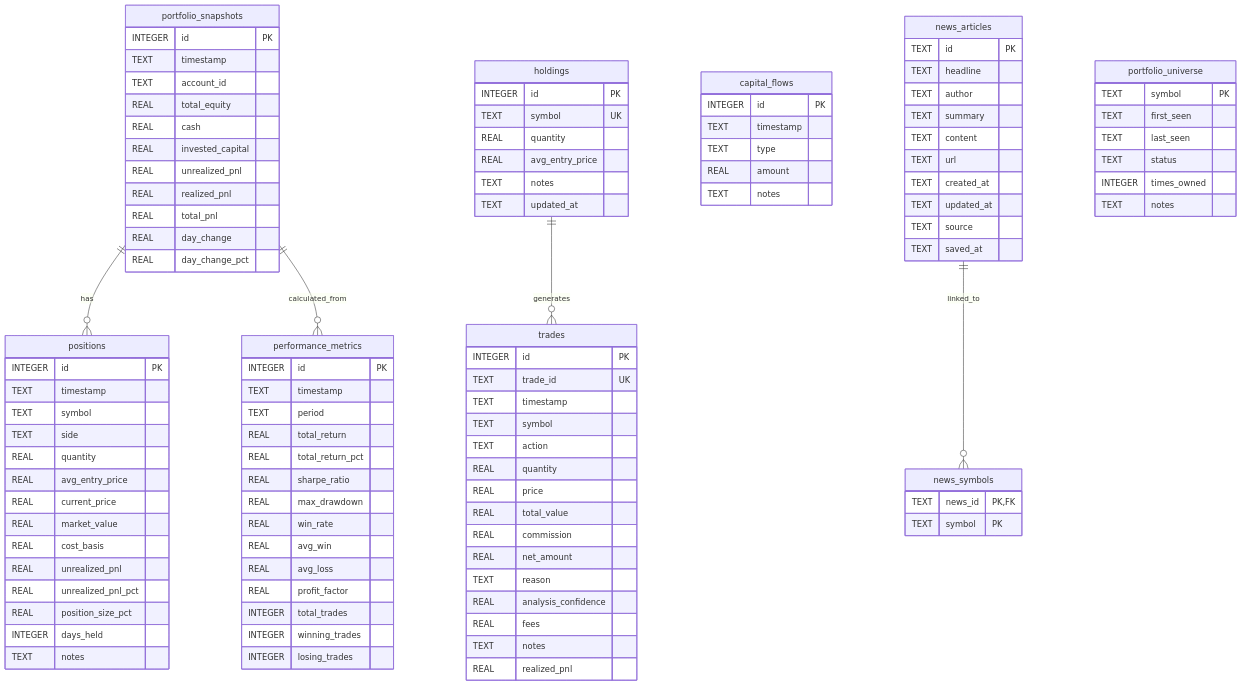
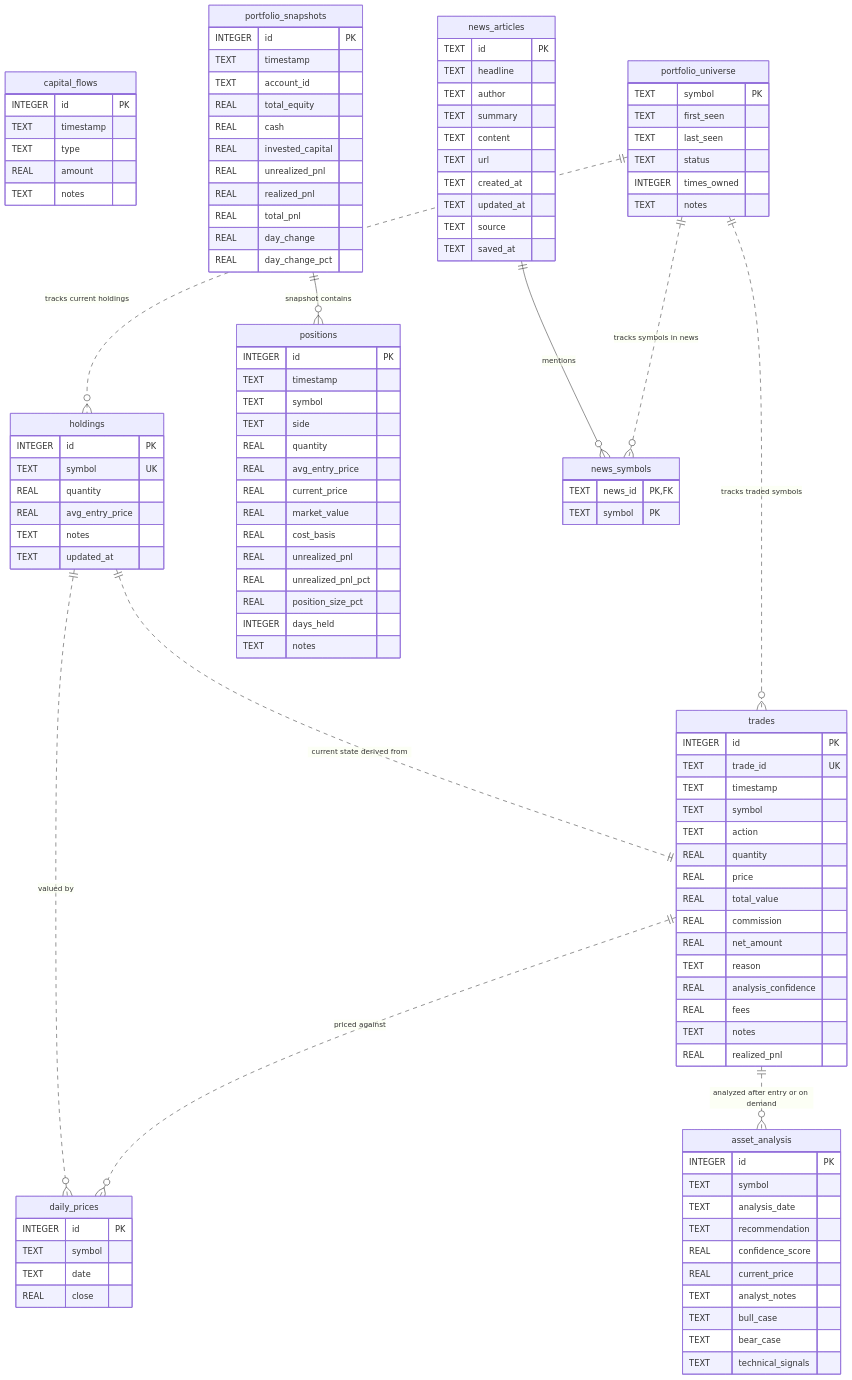
The diagram in data_module/database_diagram.md (tomascufaro/multiagent_trade_system), drawn with Mermaid before and after one commit. The commit also changed other lines of this file and 14 other files, not shown here.

````diff
--- a/data_module/database_diagram.md
+++ b/data_module/database_diagram.md
@@ -3,36 +3,14 @@
 ```mermaid
 erDiagram
-    portfolio_snapshots {
+    holdings {
         INTEGER id PK
-        TEXT timestamp
-        TEXT account_id
-        REAL total_equity
-        REAL cash
-        REAL invested_capital
-        REAL unrealized_pnl
-        REAL realized_pnl
-        REAL total_pnl
-        REAL day_change
-        REAL day_change_pct
-    }
-    
-    positions {
-        INTEGER id PK
-        TEXT timestamp
-        TEXT symbol
-        TEXT side
+        TEXT symbol UK
         REAL quantity
         REAL avg_entry_price
-        REAL current_price
-        REAL market_value
-        REAL cost_basis
-        REAL unrealized_pnl
-        REAL unrealized_pnl_pct
-        REAL position_size_pct
-        INTEGER days_held
         TEXT notes
+        TEXT updated_at
     }
-    
+
     trades {
         INTEGER id PK
         TEXT trade_id UK
@@ -51,15 +29,6 @@
         REAL realized_pnl
     }
 
-    holdings {
-        INTEGER id PK
-        TEXT symbol UK
-        REAL quantity
-        REAL avg_entry_price
-        TEXT notes
-        TEXT updated_at
-    }
-
     capital_flows {
         INTEGER id PK
         TEXT timestamp
@@ -67,24 +36,58 @@
         REAL amount
         TEXT notes
     }
-    
-    performance_metrics {
+
+    daily_prices {
+        INTEGER id PK
+        TEXT symbol
+        TEXT date
+        REAL close
+    }
+
+    asset_analysis {
+        INTEGER id PK
+        TEXT symbol
+        TEXT analysis_date
+        TEXT recommendation
+        REAL confidence_score
+        REAL current_price
+        TEXT analyst_notes
+        TEXT bull_case
+        TEXT bear_case
+        TEXT technical_signals
+    }
+
+    portfolio_snapshots {
         INTEGER id PK
         TEXT timestamp
-        TEXT period
-        REAL total_return
-        REAL total_return_pct
-        REAL sharpe_ratio
-        REAL max_drawdown
-        REAL win_rate
-        REAL avg_win
-        REAL avg_loss
-        REAL profit_factor
-        INTEGER total_trades
-        INTEGER winning_trades
-        INTEGER losing_trades
+        TEXT account_id
+        REAL total_equity
+        REAL cash
+        REAL invested_capital
+        REAL unrealized_pnl
+        REAL realized_pnl
+        REAL total_pnl
+        REAL day_change
+        REAL day_change_pct
     }
-    
+
+    positions {
+        INTEGER id PK
+        TEXT timestamp
+        TEXT symbol
+        TEXT side
+        REAL quantity
+        REAL avg_entry_price
+        REAL current_price
+        REAL market_value
+        REAL cost_basis
+        REAL unrealized_pnl
+        REAL unrealized_pnl_pct
+        REAL position_size_pct
+        INTEGER days_held
+        TEXT notes
+    }
+
     news_articles {
         TEXT id PK
         TEXT headline
@@ -97,12 +100,12 @@
         TEXT source
         TEXT saved_at
     }
-    
+
     news_symbols {
-        TEXT news_id PK,FK
+        TEXT news_id PK, FK
         TEXT symbol PK
     }
-    
+
     portfolio_universe {
         TEXT symbol PK
         TEXT first_seen
@@ -111,10 +114,14 @@
         INTEGER times_owned
         TEXT notes
     }
-    
-    %% Relationships
-    portfolio_snapshots ||--o{ positions : "has"
-    holdings ||--o{ trades : "generates"
-    portfolio_snapshots ||--o{ performance_metrics : "calculated_from"
-    news_articles ||--o{ news_symbols : "linked_to"
+
+    holdings ||..|| trades : "current state derived from"
+    holdings ||..o{ daily_prices : "valued by"
+    trades ||..o{ daily_prices : "priced against"
+    trades ||..o{ asset_analysis : "analyzed after entry or on demand"
+    portfolio_snapshots ||--o{ positions : "snapshot contains"
+    news_articles ||--o{ news_symbols : "mentions"
+    portfolio_universe ||..o{ trades : "tracks traded symbols"
+    portfolio_universe ||..o{ holdings : "tracks current holdings"
+    portfolio_universe ||..o{ news_symbols : "tracks symbols in news"
 ```
````
